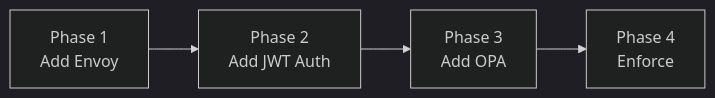
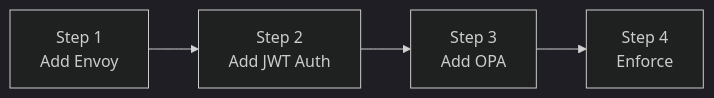
Before and after one commit to twistingmercury/mnemonic-docs: the tenth of 10 diagrams in docs/architecture/system/01-security-architecture.md, drawn with Mermaid (dark theme). The commit also changed other lines of this file and 1 other file, not shown here.

Commit message:
docs: fix observability and security architecture for three-service topology

````diff
--- a/docs/architecture/system/01-security-architecture.md
+++ b/docs/architecture/system/01-security-architecture.md
@@ -531,6 +547,6 @@
 ```mermaid
 graph LR
-    S1[Phase 1<br/>Add Envoy] --> S2[Phase 2<br/>Add JWT Auth]
-    S2 --> S3[Phase 3<br/>Add OPA]
-    S3 --> S4[Phase 4<br/>Enforce]
+    S1[Step 1<br/>Add Envoy] --> S2[Step 2<br/>Add JWT Auth]
+    S2 --> S3[Step 3<br/>Add OPA]
+    S3 --> S4[Step 4<br/>Enforce]
 ```
````
